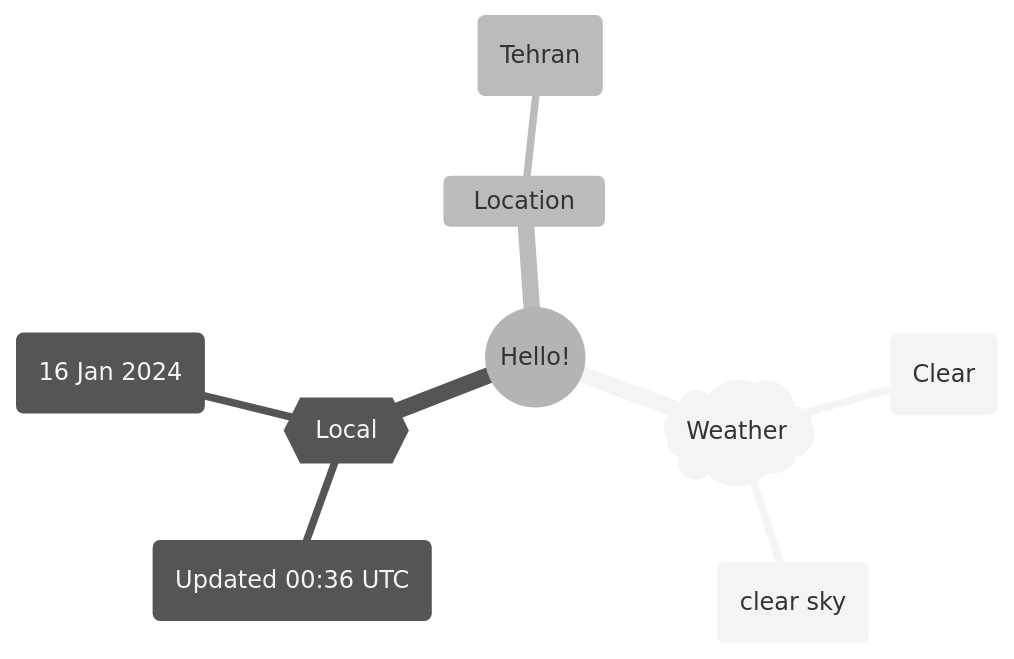
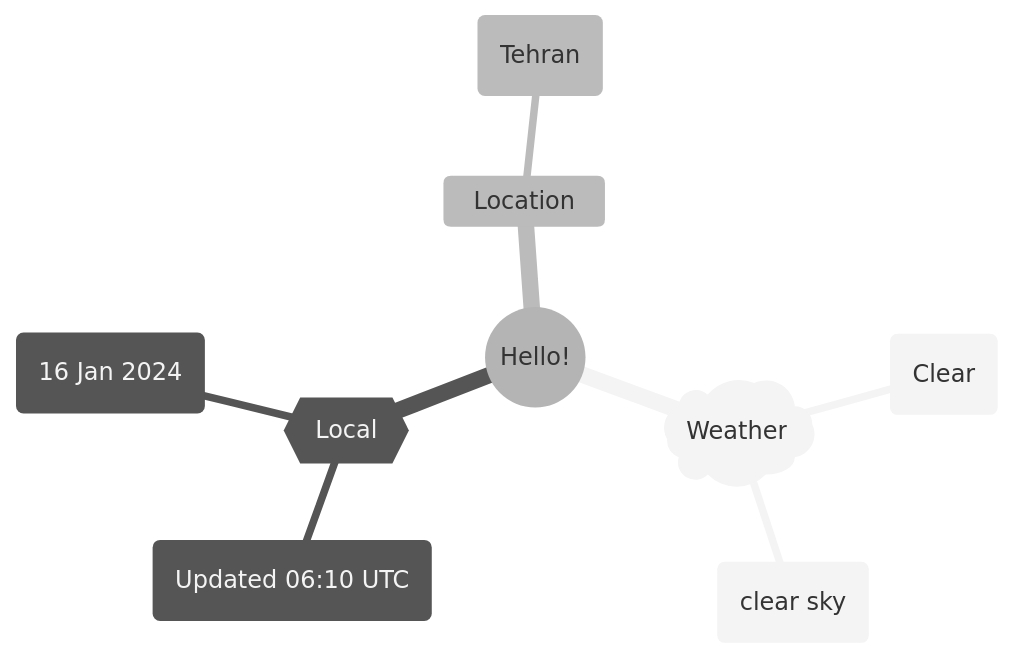
One commit to Xosrov/Xosrov changed the first of 2 diagrams in README.md. Above: the diagram before and after it, drawn with Mermaid (neutral theme).

Commit message:
[bot] updated images

````diff
--- a/README.md
+++ b/README.md
@@ -3,12 +3,12 @@
 ```mermaid
 mindmap
   root((Hello!))
     )Weather(
         (Clear)
         (clear sky)
     {{Local}}
-        (Updated 00:36 UTC)
+        (Updated 06:10 UTC)
         (16 Jan 2024)
     Location
         (Tehran)
 ```
````
